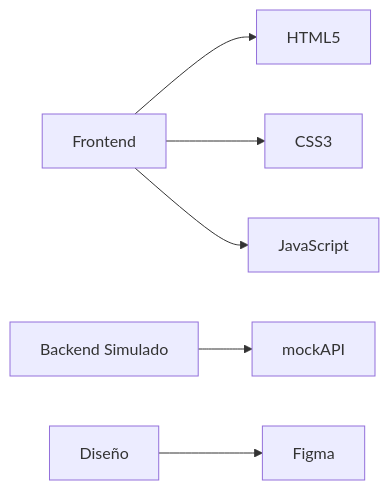
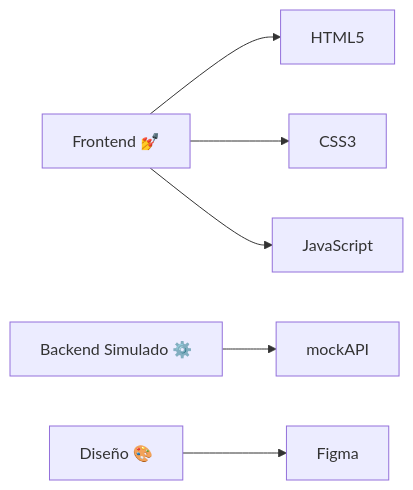
One commit to Johanbadillo/Proyecto_GomezMaria_MonsalveJohan_MartinezStiven changed the diagram in README.md. Above: the diagram before and after it, drawn with Mermaid. The commit also changed other lines of this file, not shown here.

````diff
--- a/README.md
+++ b/README.md
@@ -55,8 +55,9 @@
 ```mermaid
 graph LR
-    A[Frontend] --> HTML5
+    A[Frontend 💅] --> HTML5 
     A --> CSS3
     A --> JavaScript
-    B[Backend Simulado] --> mockAPI
-    C[Diseño] --> Figma
+    B[Backend Simulado ⚙️] --> mockAPI
+    C[Diseño 🎨] --> Figma
+
 ```
````
